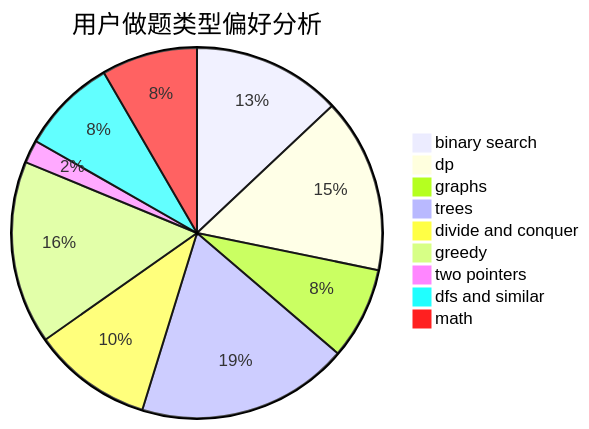
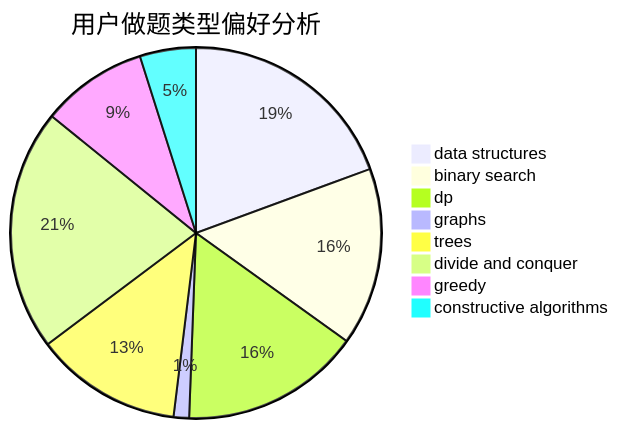
Before and after one commit to sherpahu/cfrs.github.io: the second of 3 diagrams in docs/user/u1559.md, drawn with Mermaid. The commit also changed other lines of this file and 2775 other files, not shown here.

````diff
--- a/docs/user/u1559.md
+++ b/docs/user/u1559.md
@@ -23,12 +23,11 @@
 ```mermaid
 pie title 用户做题类型偏好分析
-    "binary search" :  155
-    "dp" :  182
-    "graphs" :  96
-    "trees" :  221
+    "data structures" :  115
+    "binary search" :  92
+    "dp" :  93
+    "graphs" :  8
+    "trees" :  76
     "divide and conquer" :  125
-    "greedy" :  191
-    "two pointers" :  24
-    "dfs and similar" :  100
-    "math" :  100
+    "greedy" :  55
+    "constructive algorithms" :  29
 ```
````
